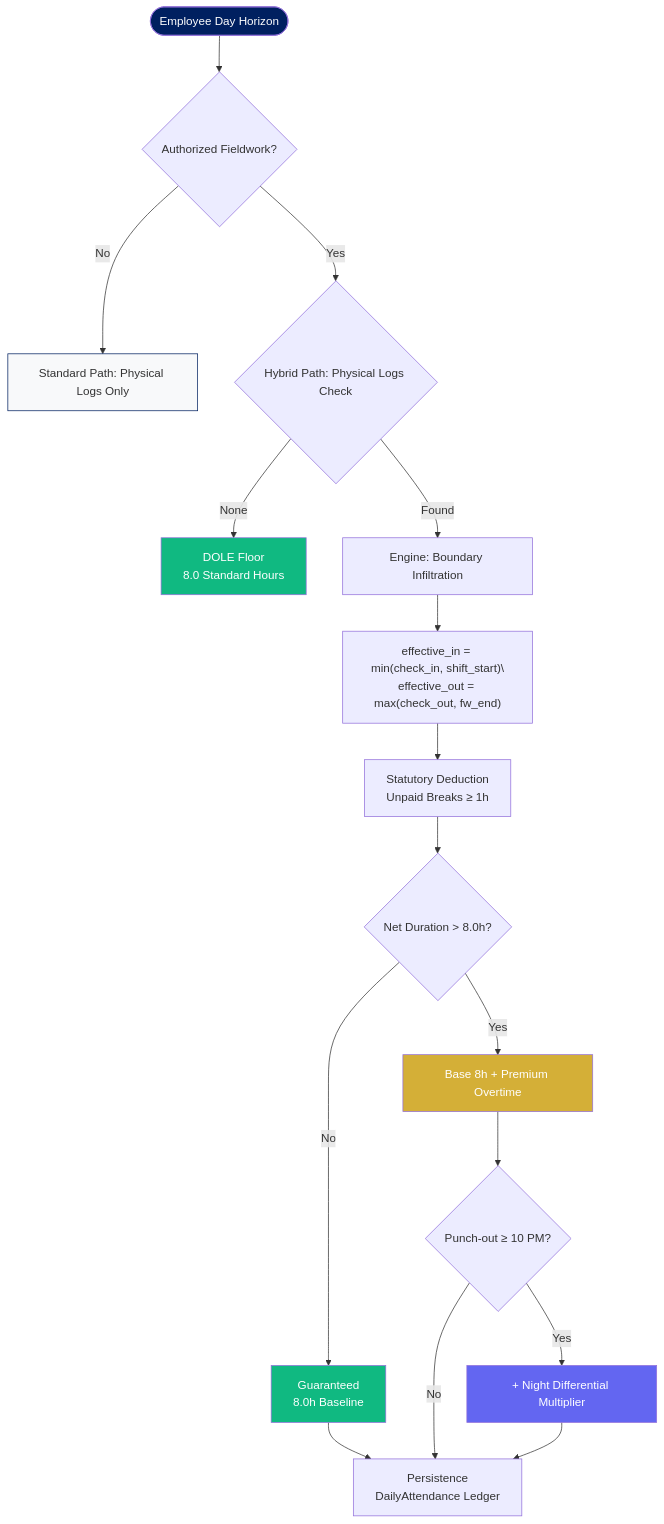
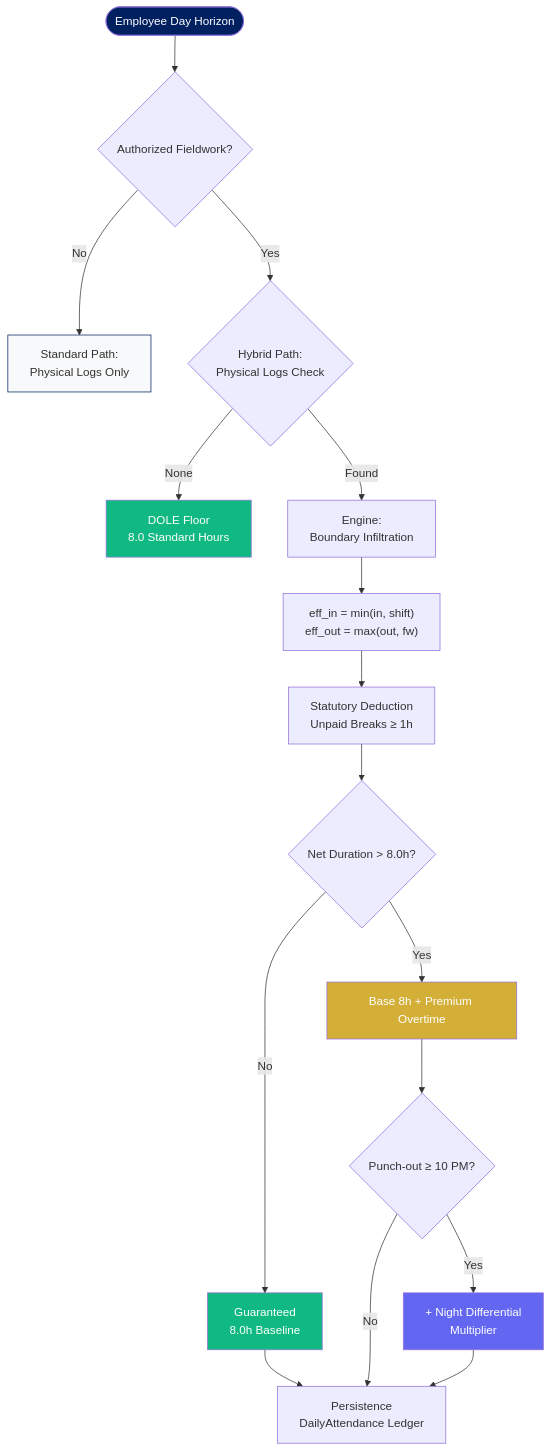
Before and after one commit to binssente-crypto/PAYROLL-DOCUMENTATION: the third of 16 diagrams in README.md, drawn with Mermaid. The commit also changed other lines of this file, not shown here.

````diff
--- a/README.md
+++ b/README.md
@@ -123,29 +123,29 @@
 ```mermaid
 flowchart TD
     START([Employee Day Horizon]) --> FW{Authorized Fieldwork?}
-    FW -- "No" --> PHYS[Standard Path: Physical Logs Only]
-    FW -- "Yes" --> LOGS{Hybrid Path: Physical Logs Check}
+    FW -- "No" --> PHYS["Standard Path:<br/>Physical Logs Only"]
+    FW -- "Yes" --> LOGS{"Hybrid Path:<br/>Physical Logs Check"}
     
-    LOGS -- "None" --> BASE["DOLE Floor\n8.0 Standard Hours"]
-    LOGS -- "Found" --> MERGE[Engine: Boundary Infiltration]
+    LOGS -- "None" --> BASE["DOLE Floor<br/>8.0 Standard Hours"]
+    LOGS -- "Found" --> MERGE["Engine:<br/>Boundary Infiltration"]
     
-    MERGE --> EFF["effective_in = min(check_in, shift_start)\\neffective_out = max(check_out, fw_end)"]
-    EFF --> BREAKS["Statutory Deduction\nUnpaid Breaks ≥ 1h"]
+    MERGE --> EFF["eff_in = min(in, shift)<br/>eff_out = max(out, fw)"]
+    EFF --> BREAKS["Statutory Deduction<br/>Unpaid Breaks ≥ 1h"]
     BREAKS --> CALC{Net Duration > 8.0h?}
     
     CALC -- "Yes" --> OT[Base 8h + Premium Overtime]
-    CALC -- "No" --> FLOOR["Guaranteed\n8.0h Baseline"]
+    CALC -- "No" --> FLOOR["Guaranteed<br/>8.0h Baseline"]
     
     OT --> ND{Punch-out ≥ 10 PM?}
-    FLOOR --> SAVE["Persistence\nDailyAttendance Ledger"]
-    ND -- "Yes" --> NIGHT[+ Night Differential Multiplier]
+    FLOOR --> SAVE["Persistence<br/>DailyAttendance Ledger"]
+    ND -- "Yes" --> NIGHT["+ Night Differential<br/>Multiplier"]
     ND -- "No" --> SAVE
     NIGHT --> SAVE
 
     style START fill:#002060,color:#fff
     style BASE fill:#10b981,color:#fff
     style OT fill:#D4AF37,color:#fff
     style NIGHT fill:#6366f1,color:#fff
     style FLOOR fill:#10b981,color:#fff
     style PHYS fill:#f8f9fa,stroke:#002060
 ```
````
